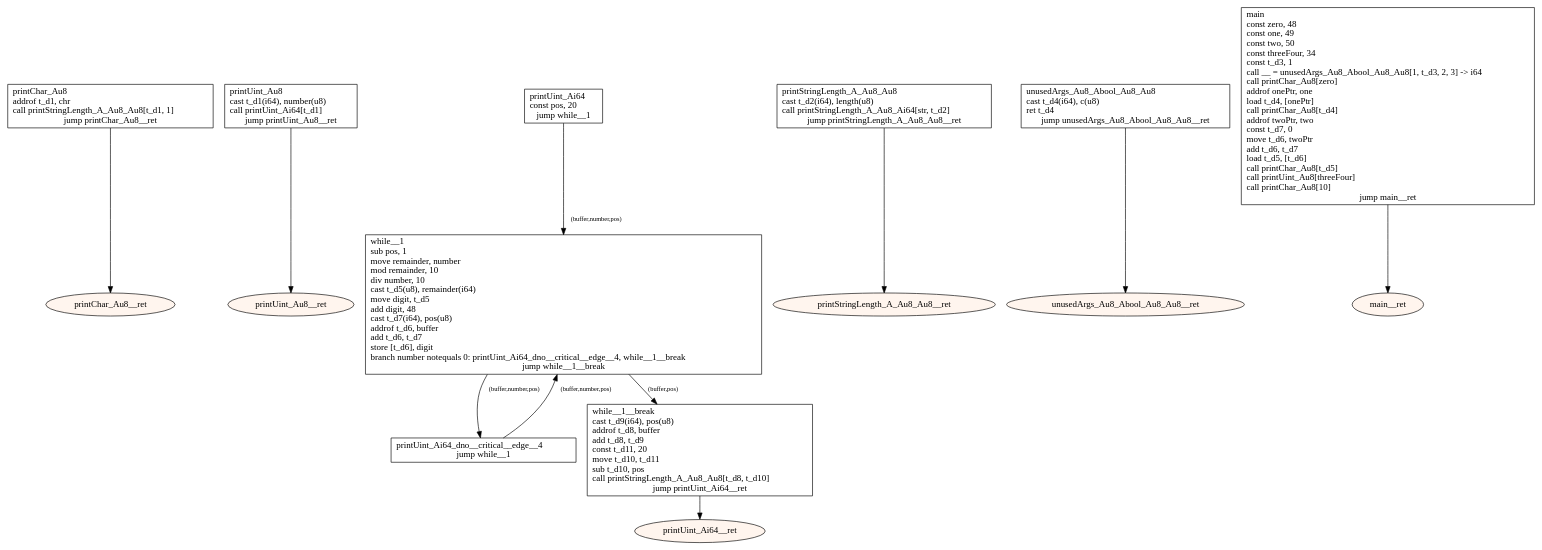
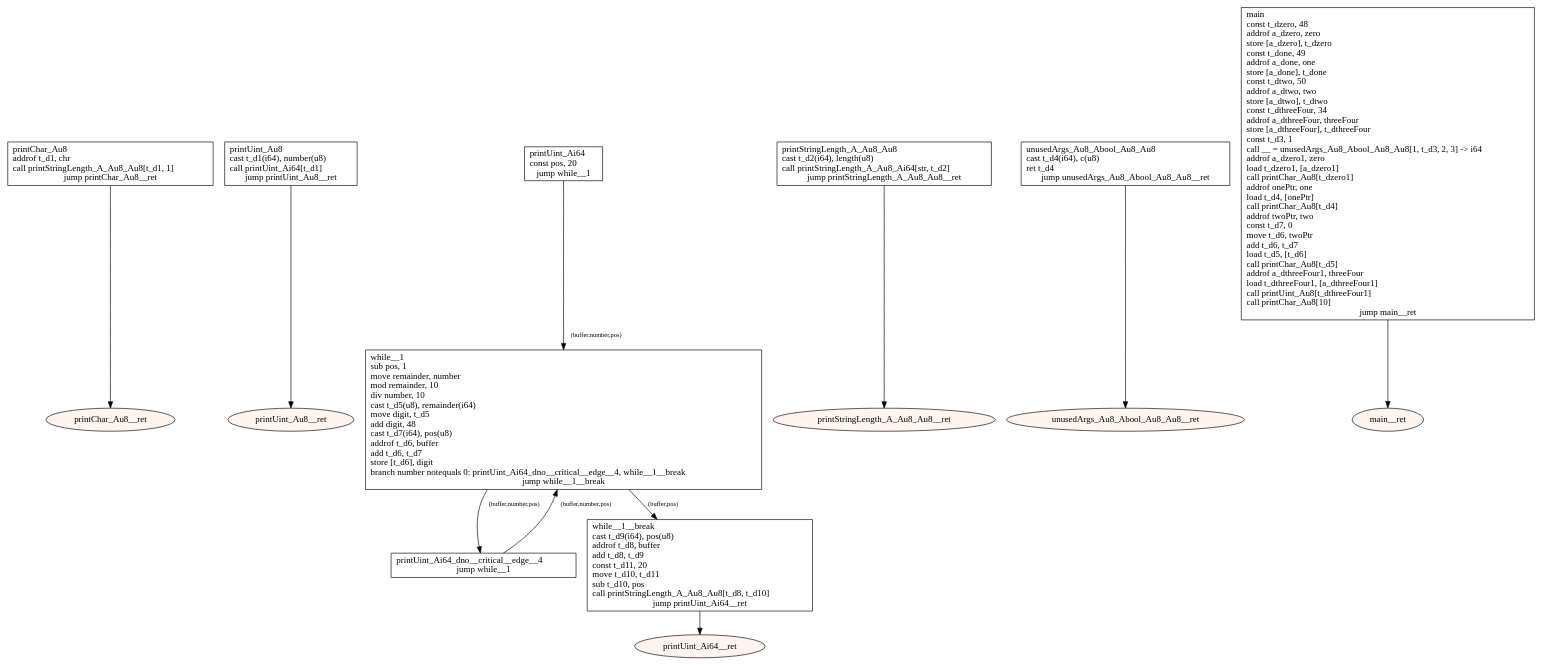
One commit to tmssngr/tinyC changed the diagram in src/main/resources-test/compiler/windows/basics.dot. Above: the diagram before and after it, drawn with Graphviz. The commit also changed 8 other files, not shown here.

```diff
--- a/src/main/resources-test/compiler/windows/basics.dot
+++ b/src/main/resources-test/compiler/windows/basics.dot
@@ -1,40 +1,40 @@
 digraph program {
 	edge[fontsize="10pt"];
 	subgraph fn_printChar_Au8 {
 		BasicBlock_0_printChar_Au8 [label="printChar_Au8\laddrof t_d1, chr\lcall printStringLength_A_Au8_Au8[t_d1, 1]\ljump printChar_Au8__ret",shape=box];
 		BasicBlock_0_printChar_Au8 -> BasicBlock_0_printChar_Au8__ret;
 		BasicBlock_0_printChar_Au8__ret [label="printChar_Au8__ret",shape=oval,style=filled,fillcolor="#fff5ee"];
 	}
 	subgraph fn_printUint_Au8 {
 		BasicBlock_1_printUint_Au8 [label="printUint_Au8\lcast t_d1(i64), number(u8)\lcall printUint_Ai64[t_d1]\ljump printUint_Au8__ret",shape=box];
 		BasicBlock_1_printUint_Au8 -> BasicBlock_1_printUint_Au8__ret;
 		BasicBlock_1_printUint_Au8__ret [label="printUint_Au8__ret",shape=oval,style=filled,fillcolor="#fff5ee"];
 	}
 	subgraph fn_printUint_Ai64 {
 		BasicBlock_2_printUint_Ai64 [label="printUint_Ai64\lconst pos, 20\ljump while__1",shape=box];
 		BasicBlock_2_printUint_Ai64 -> BasicBlock_2_while__1 [label="(buffer,number,pos)"];
 		BasicBlock_2_printUint_Ai64_dno__critical__edge__4 [label="printUint_Ai64_dno__critical__edge__4\ljump while__1",shape=box];
 		BasicBlock_2_printUint_Ai64_dno__critical__edge__4 -> BasicBlock_2_while__1 [label="(buffer,number,pos)"];
 		BasicBlock_2_while__1 [label="while__1\lsub pos, 1\lmove remainder, number\lmod remainder, 10\ldiv number, 10\lcast t_d5(u8), remainder(i64)\lmove digit, t_d5\ladd digit, 48\lcast t_d7(i64), pos(u8)\laddrof t_d6, buffer\ladd t_d6, t_d7\lstore [t_d6], digit\lbranch number notequals 0: printUint_Ai64_dno__critical__edge__4, while__1__break\ljump while__1__break",shape=box];
 		BasicBlock_2_while__1 -> BasicBlock_2_printUint_Ai64_dno__critical__edge__4 [label="(buffer,number,pos)"];
 		BasicBlock_2_while__1 -> BasicBlock_2_while__1__break [label="(buffer,pos)"];
 		BasicBlock_2_while__1__break [label="while__1__break\lcast t_d9(i64), pos(u8)\laddrof t_d8, buffer\ladd t_d8, t_d9\lconst t_d11, 20\lmove t_d10, t_d11\lsub t_d10, pos\lcall printStringLength_A_Au8_Au8[t_d8, t_d10]\ljump printUint_Ai64__ret",shape=box];
 		BasicBlock_2_while__1__break -> BasicBlock_2_printUint_Ai64__ret;
 		BasicBlock_2_printUint_Ai64__ret [label="printUint_Ai64__ret",shape=oval,style=filled,fillcolor="#fff5ee"];
 	}
 	subgraph fn_printStringLength_A_Au8_Au8 {
 		BasicBlock_3_printStringLength_A_Au8_Au8 [label="printStringLength_A_Au8_Au8\lcast t_d2(i64), length(u8)\lcall printStringLength_A_Au8_Ai64[str, t_d2]\ljump printStringLength_A_Au8_Au8__ret",shape=box];
 		BasicBlock_3_printStringLength_A_Au8_Au8 -> BasicBlock_3_printStringLength_A_Au8_Au8__ret;
 		BasicBlock_3_printStringLength_A_Au8_Au8__ret [label="printStringLength_A_Au8_Au8__ret",shape=oval,style=filled,fillcolor="#fff5ee"];
 	}
 	subgraph fn_unusedArgs_Au8_Abool_Au8_Au8 {
 		BasicBlock_4_unusedArgs_Au8_Abool_Au8_Au8 [label="unusedArgs_Au8_Abool_Au8_Au8\lcast t_d4(i64), c(u8)\lret t_d4\ljump unusedArgs_Au8_Abool_Au8_Au8__ret",shape=box];
 		BasicBlock_4_unusedArgs_Au8_Abool_Au8_Au8 -> BasicBlock_4_unusedArgs_Au8_Abool_Au8_Au8__ret;
 		BasicBlock_4_unusedArgs_Au8_Abool_Au8_Au8__ret [label="unusedArgs_Au8_Abool_Au8_Au8__ret",shape=oval,style=filled,fillcolor="#fff5ee"];
 	}
 	subgraph fn_main {
-		BasicBlock_5_main [label="main\lconst zero, 48\lconst one, 49\lconst two, 50\lconst threeFour, 34\lconst t_d3, 1\lcall __ = unusedArgs_Au8_Abool_Au8_Au8[1, t_d3, 2, 3] -> i64\lcall printChar_Au8[zero]\laddrof onePtr, one\lload t_d4, [onePtr]\lcall printChar_Au8[t_d4]\laddrof twoPtr, two\lconst t_d7, 0\lmove t_d6, twoPtr\ladd t_d6, t_d7\lload t_d5, [t_d6]\lcall printChar_Au8[t_d5]\lcall printUint_Au8[threeFour]\lcall printChar_Au8[10]\ljump main__ret",shape=box];
+		BasicBlock_5_main [label="main\lconst t_dzero, 48\laddrof a_dzero, zero\lstore [a_dzero], t_dzero\lconst t_done, 49\laddrof a_done, one\lstore [a_done], t_done\lconst t_dtwo, 50\laddrof a_dtwo, two\lstore [a_dtwo], t_dtwo\lconst t_dthreeFour, 34\laddrof a_dthreeFour, threeFour\lstore [a_dthreeFour], t_dthreeFour\lconst t_d3, 1\lcall __ = unusedArgs_Au8_Abool_Au8_Au8[1, t_d3, 2, 3] -> i64\laddrof a_dzero1, zero\lload t_dzero1, [a_dzero1]\lcall printChar_Au8[t_dzero1]\laddrof onePtr, one\lload t_d4, [onePtr]\lcall printChar_Au8[t_d4]\laddrof twoPtr, two\lconst t_d7, 0\lmove t_d6, twoPtr\ladd t_d6, t_d7\lload t_d5, [t_d6]\lcall printChar_Au8[t_d5]\laddrof a_dthreeFour1, threeFour\lload t_dthreeFour1, [a_dthreeFour1]\lcall printUint_Au8[t_dthreeFour1]\lcall printChar_Au8[10]\ljump main__ret",shape=box];
 		BasicBlock_5_main -> BasicBlock_5_main__ret;
 		BasicBlock_5_main__ret [label="main__ret",shape=oval,style=filled,fillcolor="#fff5ee"];
 	}
 }
```
